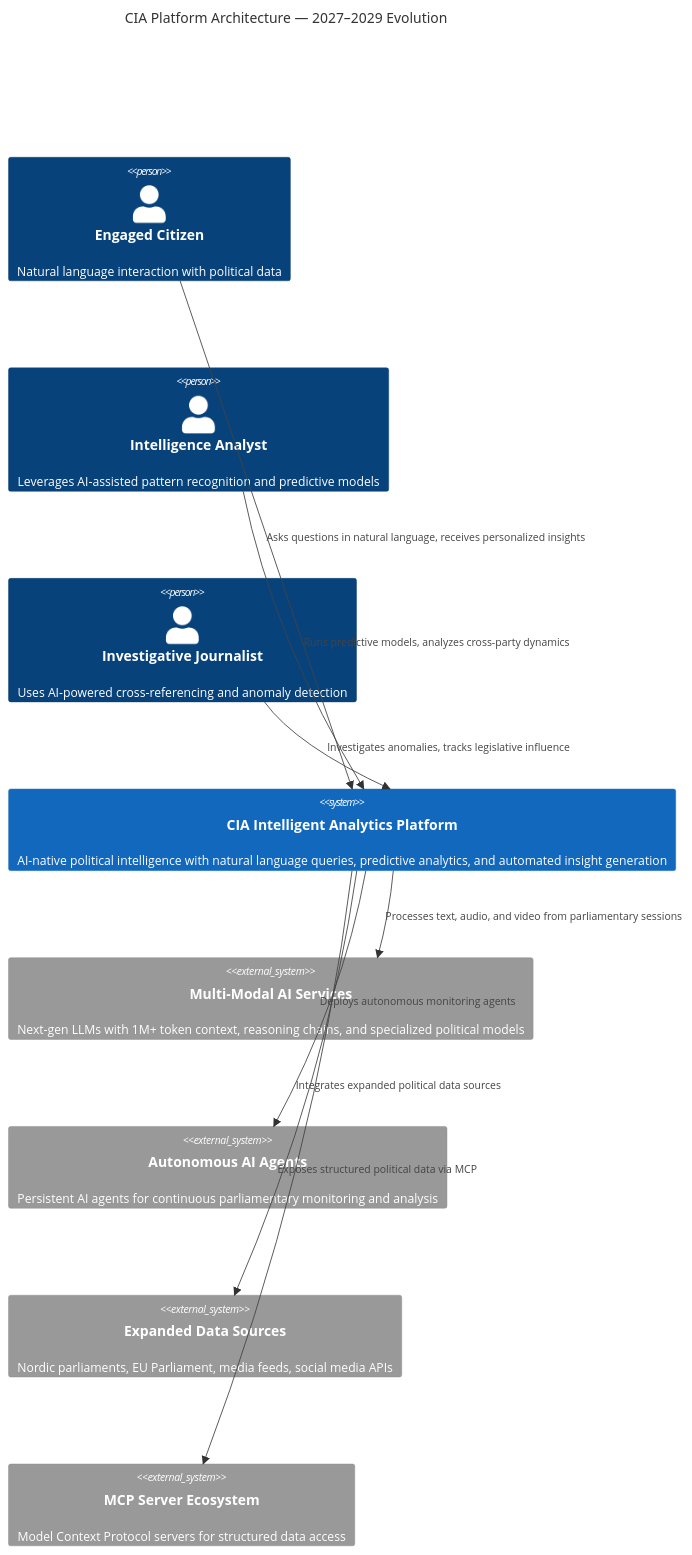
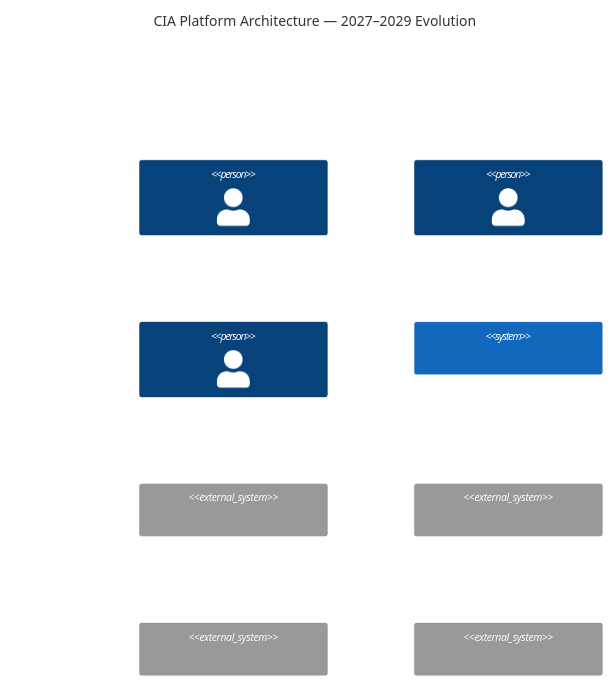
The third of 6 diagrams in FUTURE_ARCHITECTURE.md (Hack23/cia), drawn with Mermaid before and after one commit. The commit also changed other lines of this file and 54 other files, not shown here.

Commit message:
Quote mermaid node labels with icons/specials and add validation tooling

````diff
--- a/FUTURE_ARCHITECTURE.md
+++ b/FUTURE_ARCHITECTURE.md
@@ -136,26 +136,26 @@
 ```mermaid
 C4Context
   title CIA Platform Architecture — 2027–2029 Evolution
 
-  Person(citizen, "Engaged Citizen", "Natural language interaction with political data")
-  Person(researcher, "Intelligence Analyst", "Leverages AI-assisted pattern recognition and predictive models")
-  Person(journalist, "Investigative Journalist", "Uses AI-powered cross-referencing and anomaly detection")
+  Person("citizen, #quot;Engaged Citizen#quot;, #quot;Natural language interaction with political data#quot;")
+  Person("researcher, #quot;Intelligence Analyst#quot;, #quot;Leverages AI-assisted pattern recognition and predictive models#quot;")
+  Person("journalist, #quot;Investigative Journalist#quot;, #quot;Uses AI-powered cross-referencing and anomaly detection#quot;")
 
-  System(cia, "CIA Intelligent Analytics Platform", "AI-native political intelligence with natural language queries, predictive analytics, and automated insight generation")
+  System("cia, #quot;CIA Intelligent Analytics Platform#quot;, #quot;AI-native political intelligence with natural language queries, predictive analytics, and automated insight generation#quot;")
 
-  System_Ext(multiModalAI, "Multi-Modal AI Services", "Next-gen LLMs with 1M+ token context, reasoning chains, and specialized political models")
-  System_Ext(aiAgents, "Autonomous AI Agents", "Persistent AI agents for continuous parliamentary monitoring and analysis")
-  System_Ext(dataSources, "Expanded Data Sources", "Nordic parliaments, EU Parliament, media feeds, social media APIs")
-  System_Ext(mcp, "MCP Server Ecosystem", "Model Context Protocol servers for structured data access")
+  System_Ext("multiModalAI, #quot;Multi-Modal AI Services#quot;, #quot;Next-gen LLMs with 1M+ token context, reasoning chains, and specialized political models#quot;")
+  System_Ext("aiAgents, #quot;Autonomous AI Agents#quot;, #quot;Persistent AI agents for continuous parliamentary monitoring and analysis#quot;")
+  System_Ext("dataSources, #quot;Expanded Data Sources#quot;, #quot;Nordic parliaments, EU Parliament, media feeds, social media APIs#quot;")
+  System_Ext("mcp, #quot;MCP Server Ecosystem#quot;, #quot;Model Context Protocol servers for structured data access#quot;")
 
-  Rel(citizen, cia, "Asks questions in natural language, receives personalized insights")
-  Rel(researcher, cia, "Runs predictive models, analyzes cross-party dynamics")
-  Rel(journalist, cia, "Investigates anomalies, tracks legislative influence")
+  Rel("citizen, cia, #quot;Asks questions in natural language, receives personalized insights#quot;")
+  Rel("researcher, cia, #quot;Runs predictive models, analyzes cross-party dynamics#quot;")
+  Rel("journalist, cia, #quot;Investigates anomalies, tracks legislative influence#quot;")
 
-  Rel(cia, multiModalAI, "Processes text, audio, and video from parliamentary sessions")
-  Rel(cia, aiAgents, "Deploys autonomous monitoring agents")
-  Rel(cia, dataSources, "Integrates expanded political data sources")
-  Rel(cia, mcp, "Exposes structured political data via MCP")
+  Rel("cia, multiModalAI, #quot;Processes text, audio, and video from parliamentary sessions#quot;")
+  Rel("cia, aiAgents, #quot;Deploys autonomous monitoring agents#quot;")
+  Rel("cia, dataSources, #quot;Integrates expanded political data sources#quot;")
+  Rel("cia, mcp, #quot;Exposes structured political data via MCP#quot;")
 
-  UpdateLayoutConfig($c4ShapeInRow="3", $c4BoundaryInRow="1")
+  UpdateLayoutConfig("$c4ShapeInRow=#quot;3#quot;, $c4BoundaryInRow=#quot;1#quot;")
 ```
````
